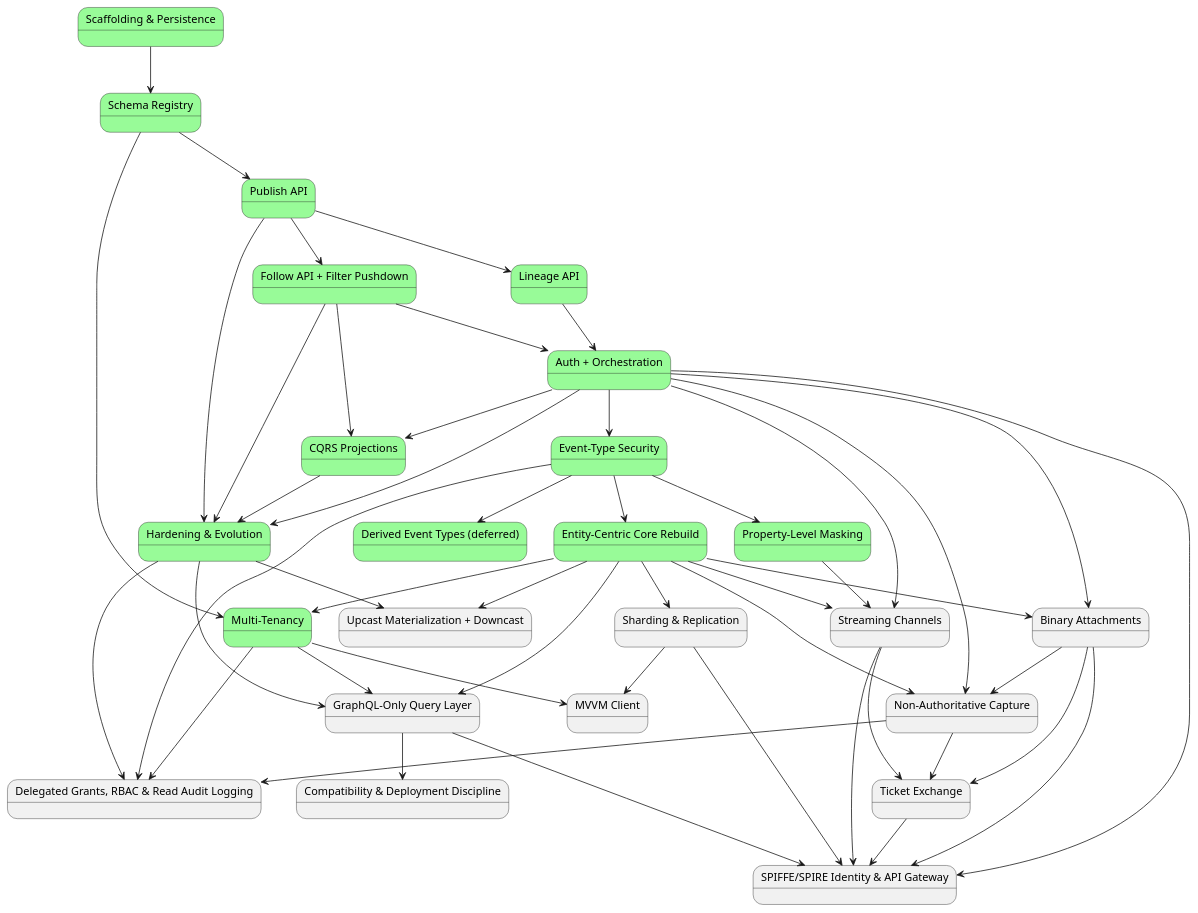
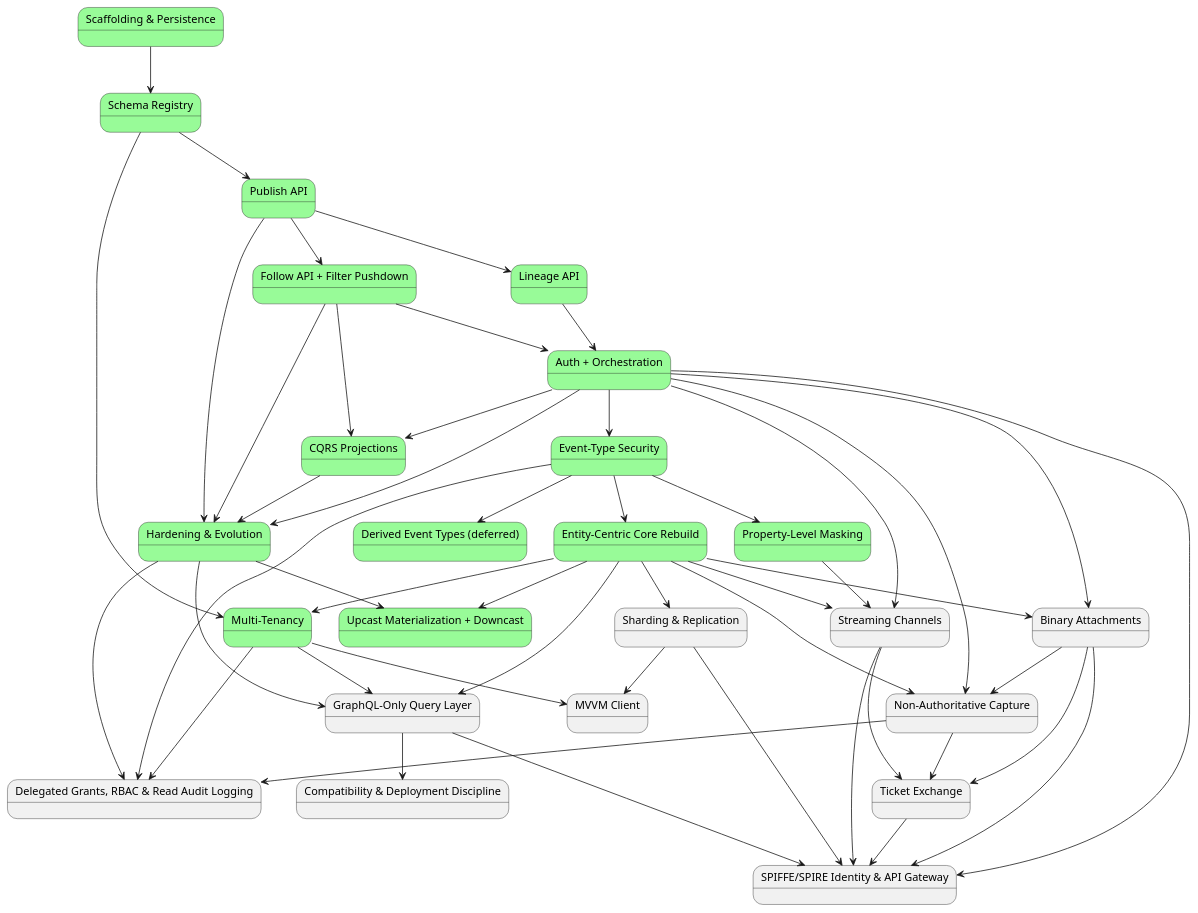
The first of 2 diagrams in docs/08-build-plan.md (Mwwhited-BookLearning/EventSourcing), drawn with PlantUML before and after one commit. The commit also changed other lines of this file and 32 other files, not shown here.

First line of the commit message:
Build Upcast Materialization + Downcast (build-plan item 14)

````diff
--- a/docs/08-build-plan.md
+++ b/docs/08-build-plan.md
@@ -156,77 +156,77 @@
 ```plantuml
 @startuml BuildPlan_CorePhases
 state "Scaffolding & Persistence" as p0 #palegreen
 state "Schema Registry" as p1 #palegreen
 state "Publish API" as p2 #palegreen
 state "Lineage API" as p3 #palegreen
 state "Follow API + Filter Pushdown" as p4 #palegreen
 state "Auth + Orchestration" as p5 #palegreen
 state "Event-Type Security" as p6 #palegreen
 state "Derived Event Types (deferred)" as p7 #palegreen
 state "Property-Level Masking" as p8 #palegreen
 state "CQRS Projections" as p9 #palegreen
 state "Hardening & Evolution" as p10 #palegreen
 state "Entity-Centric Core Rebuild" as p11 #palegreen
 state "Multi-Tenancy" as p12 #palegreen
-state "Upcast Materialization + Downcast" as p13
+state "Upcast Materialization + Downcast" as p13 #palegreen
 state "Streaming Channels" as p14
 state "Binary Attachments" as p15
 state "Sharding & Replication" as p16
 state "Non-Authoritative Capture" as p17
 state "GraphQL-Only Query Layer" as p18
 state "Compatibility & Deployment Discipline" as p19
 state "MVVM Client" as p20
 state "Ticket Exchange" as p21
 state "Delegated Grants, RBAC & Read Audit Logging" as p22
 state "SPIFFE/SPIRE Identity & API Gateway" as p23
 
 p0 --> p1
 p1 --> p2
 p2 --> p3
 p2 --> p4
 p3 --> p5
 p4 --> p5
 p5 --> p6
 p6 --> p7
 p6 --> p8
 p4 --> p9
 p5 --> p9
 p5 --> p10
 p2 --> p10
 p4 --> p10
 p9 --> p10
 p6 --> p11
 p1 --> p12
 p11 --> p12
 p10 --> p13
 p11 --> p13
 p5 --> p14
 p11 --> p14
 p8 --> p14
 p5 --> p15
 p11 --> p15
 p11 --> p16
 p11 --> p17
 p5 --> p17
 p15 --> p17
 p11 --> p18
 p12 --> p18
 p10 --> p18
 p18 --> p19
 p12 --> p20
 p16 --> p20
 p14 --> p21
 p15 --> p21
 p17 --> p21
 p17 --> p22
 p6 --> p22
 p12 --> p22
 p10 --> p22
 p5 --> p23
 p16 --> p23
 p14 --> p23
 p15 --> p23
 p18 --> p23
 p21 --> p23
 @enduml
 ```
````
